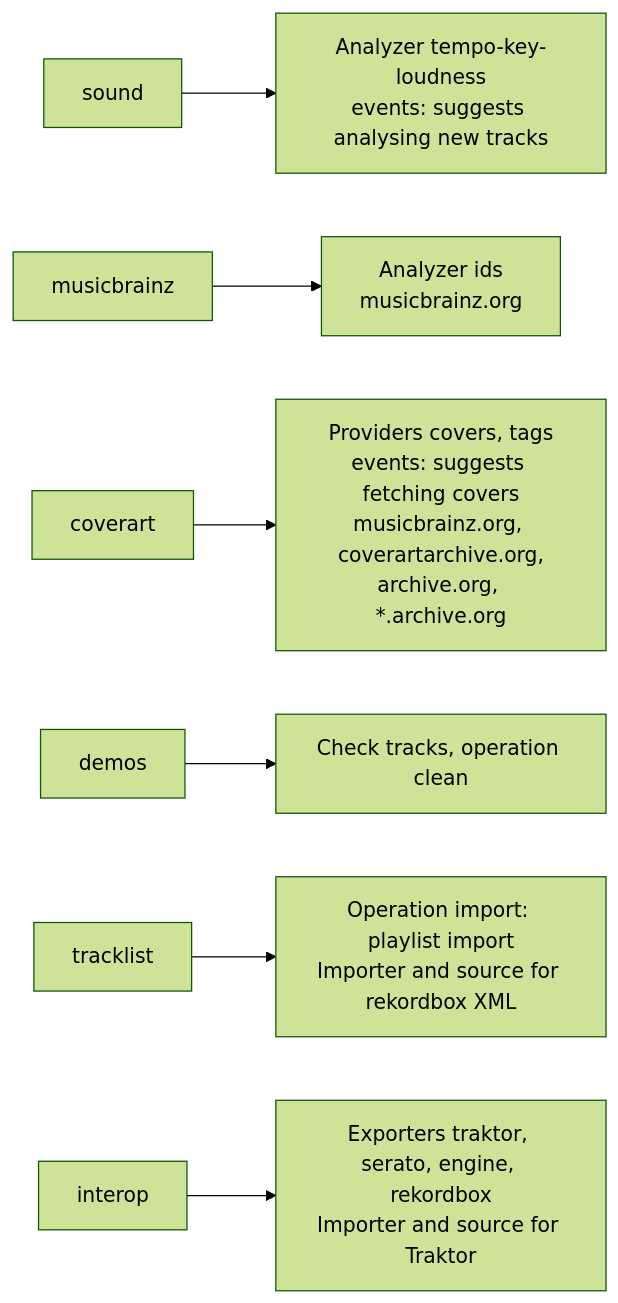
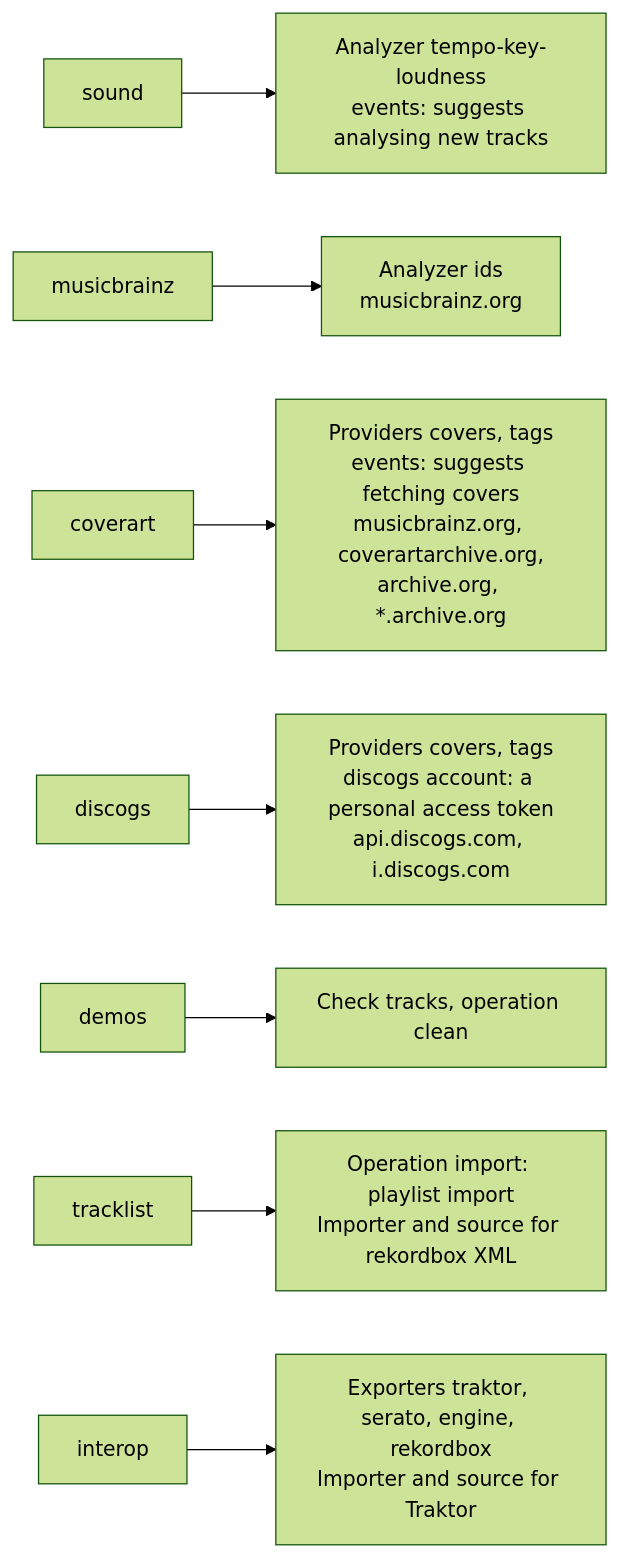
One commit to cutenode/localnetwork changed the second of 17 diagrams in apps/locallibrary/docs/diagrams/plugins.md. Above: the diagram before and after it, drawn with Mermaid (forest theme). The commit also changed other lines of this file and 21 other files, not shown here.

First line of the commit message:
feat(locallibrary): add a discogs plugin for covers and track details

````diff
--- a/apps/locallibrary/docs/diagrams/plugins.md
+++ b/apps/locallibrary/docs/diagrams/plugins.md
@@ -60,9 +60,10 @@
 ```mermaid
 flowchart LR
     sound["sound"] --> soundadds["Analyzer tempo-key-loudness<br/>events: suggests analysing new tracks"]
     musicbrainz["musicbrainz"] --> mbadds["Analyzer ids<br/>musicbrainz.org"]
     coverart["coverart"] --> coveradds["Providers covers, tags<br/>events: suggests fetching covers<br/>musicbrainz.org, coverartarchive.org,<br/>archive.org, *.archive.org"]
+    discogs["discogs"] --> discogsadds["Providers covers, tags<br/>discogs account: a personal access token<br/>api.discogs.com, i.discogs.com"]
     demos["demos"] --> demoadds["Check tracks, operation clean"]
     tracklist["tracklist"] --> trackadds["Operation import: playlist import<br/>Importer and source for rekordbox XML"]
     interop["interop"] --> interopadds["Exporters traktor, serato, engine, rekordbox<br/>Importer and source for Traktor"]
 ```
````
